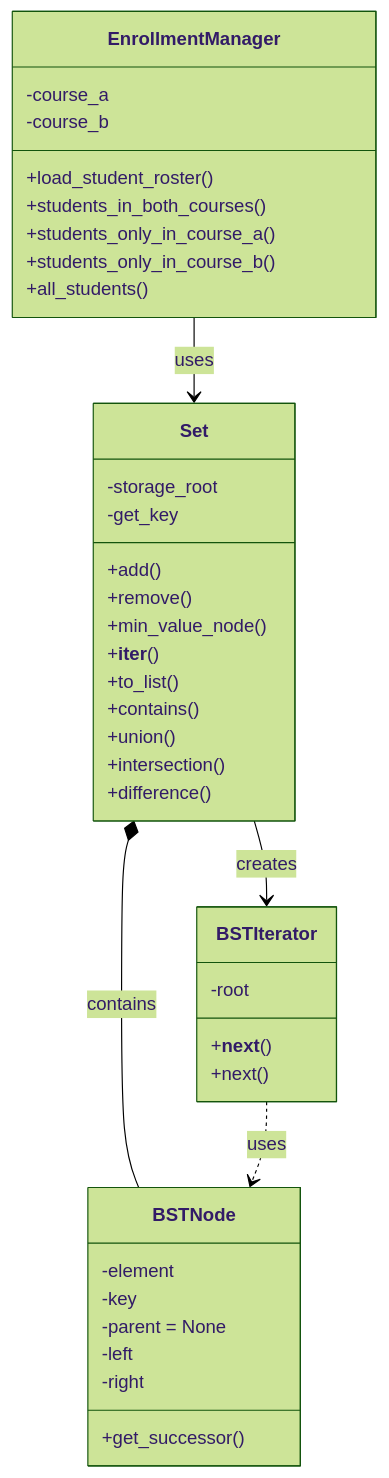
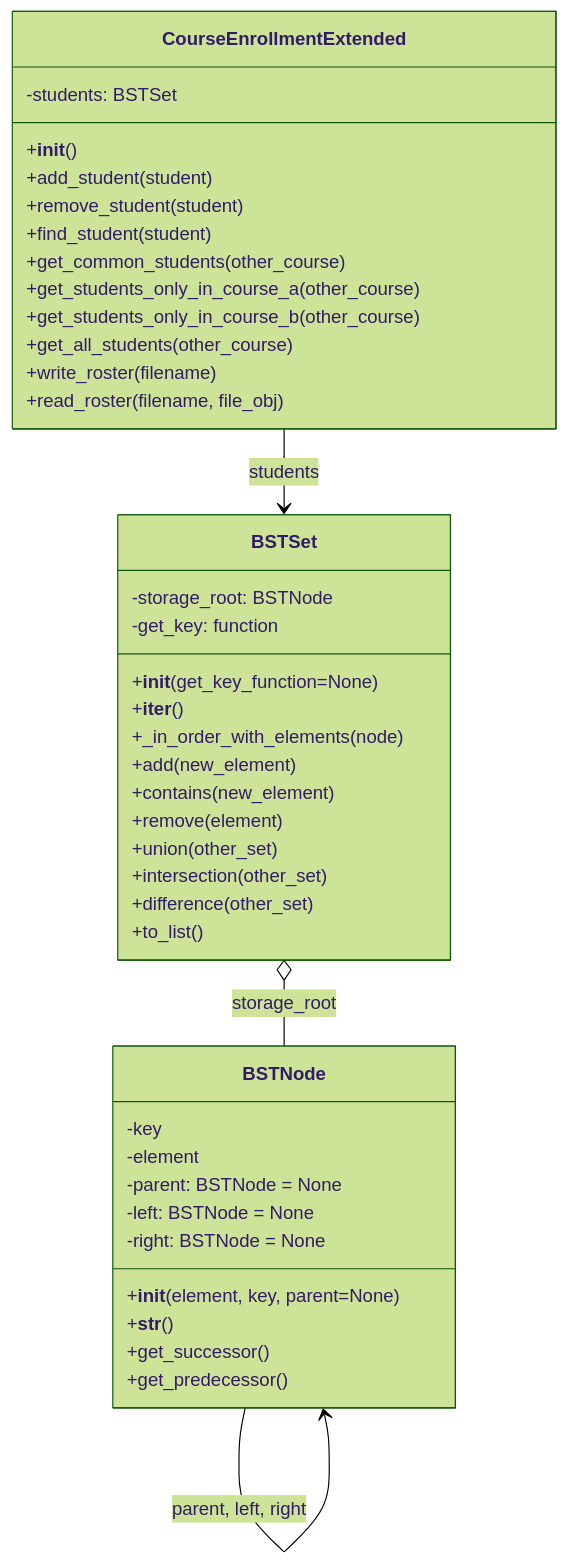
Before and after one commit to timothysanders/cs-034-lab-12: the diagram in design.md, drawn with Mermaid (forest theme). The commit also changed other lines of this file, not shown here.

Commit message:
Updated design.md to reflect current class structures and methods

````diff
--- a/design.md
+++ b/design.md
@@ -57,46 +9,47 @@
 ```mermaid
 classDiagram
     class BSTNode {
+        -key
         -element
-        -key
-        -parent = None
-        -left
-        -right
+        -parent: BSTNode = None
+        -left: BSTNode = None
+        -right: BSTNode = None
+        +__init__(element, key, parent=None)
+        +__str__()
         +get_successor()
+        +get_predecessor()
     }
     
-    class BSTIterator {
-        -root
-        +__next__()
-        +next()
+    class BSTSet {
+        -storage_root: BSTNode
+        -get_key: function
+        +__init__(get_key_function=None)
+        +__iter__()
+        +_in_order_with_elements(node)
+        +add(new_element)
+        +contains(new_element)
+        +remove(element)
+        +union(other_set)
+        +intersection(other_set)
+        +difference(other_set)
+        +to_list()
     }
     
-    class Set {
-        -storage_root
-        -get_key
-        +add()
-        +remove()
-        +min_value_node()
-        +__iter__()
-        +to_list()
-        +contains()
-        +union()
-        +intersection()
-        +difference()
+    class CourseEnrollmentExtended {
+        -students: BSTSet
+        +__init__()
+        +add_student(student)
+        +remove_student(student)
+        +find_student(student)
+        +get_common_students(other_course)
+        +get_students_only_in_course_a(other_course)
+        +get_students_only_in_course_b(other_course)
+        +get_all_students(other_course)
+        +write_roster(filename)
+        +read_roster(filename, file_obj)
     }
     
-    class EnrollmentManager {
-        -course_a
-        -course_b
-        +load_student_roster()
-        +students_in_both_courses()
-        +students_only_in_course_a()
-        +students_only_in_course_b()
-        +all_students()
-    }
-    
-    Set *-- BSTNode : contains
-    BSTIterator ..> BSTNode : uses
-    Set --> BSTIterator : creates
-    EnrollmentManager --> Set : uses
+    BSTNode --> BSTNode : parent, left, right
+    BSTSet o-- BSTNode : storage_root
+    CourseEnrollmentExtended --> BSTSet : students
 ```
````
